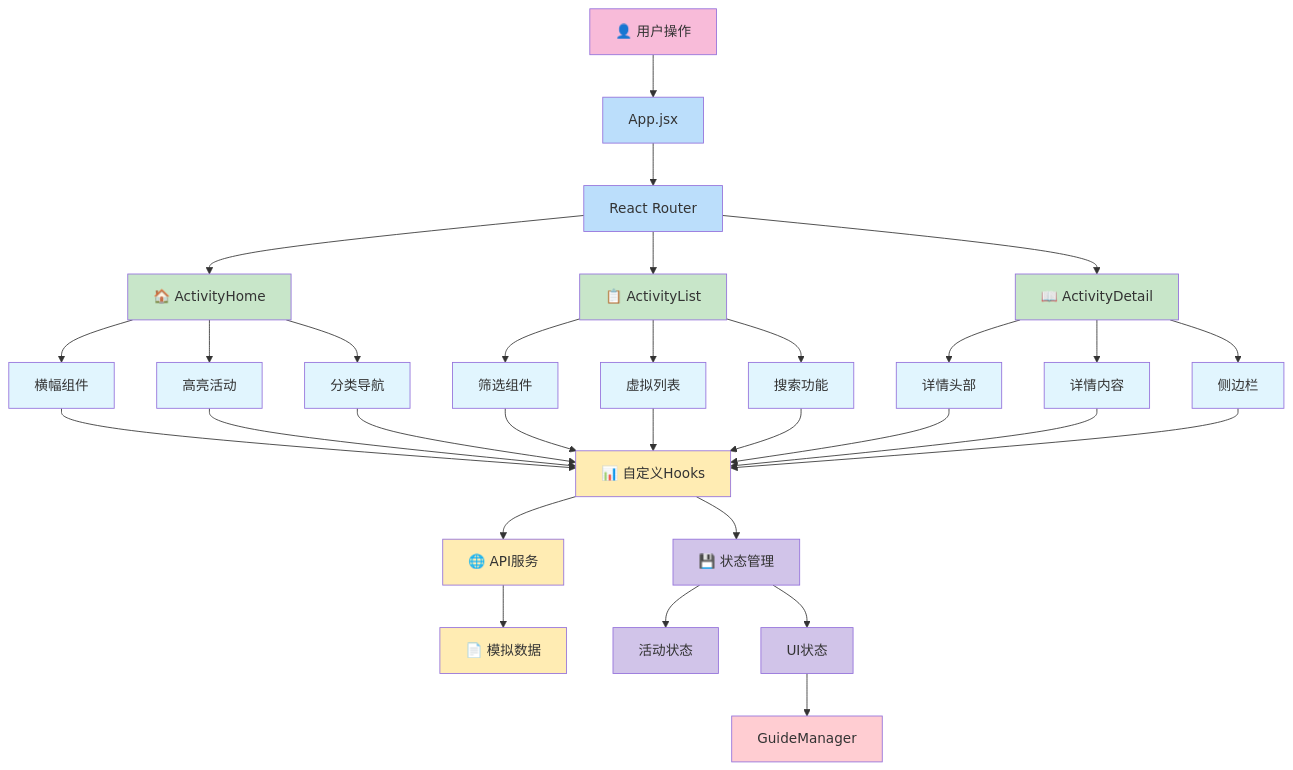
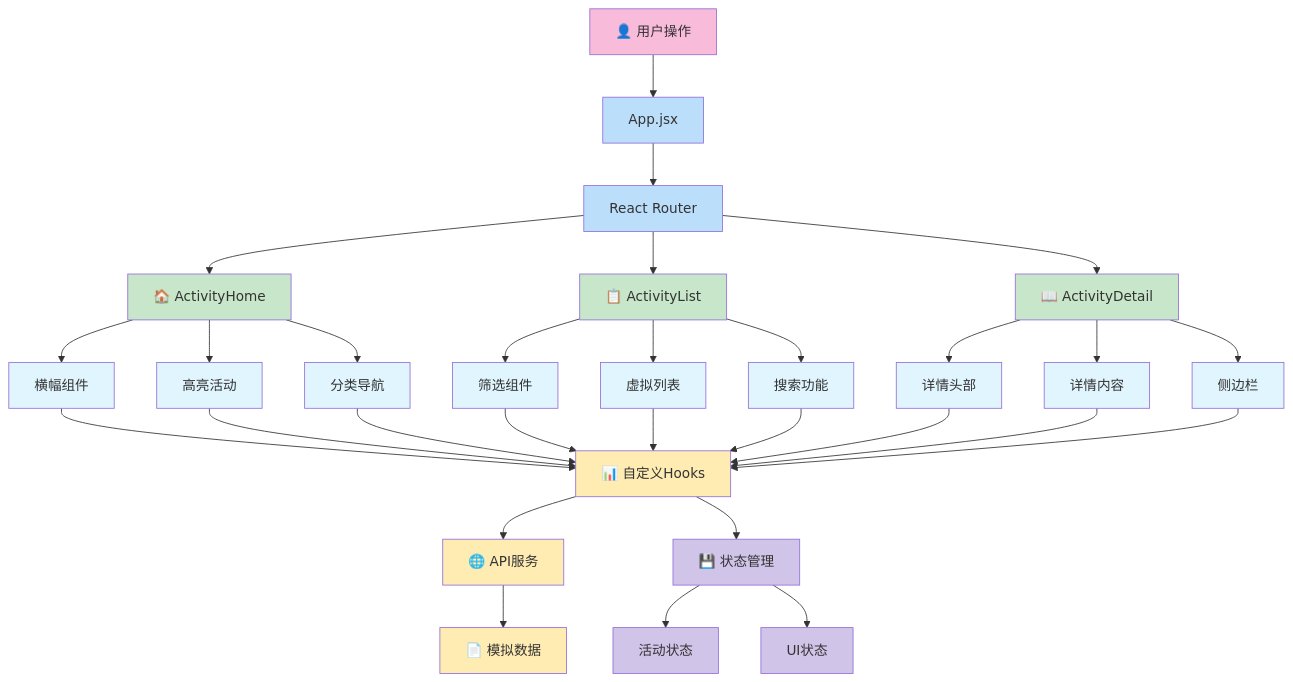
One commit to Mingjun-Lyu/ByteDance-Engineering-Camp changed the first of 4 diagrams in README.md. Above: the diagram before and after it, drawn with Mermaid.

Commit message:
更新README架构图

````diff
--- a/README.md
+++ b/README.md
@@ -24,64 +24,60 @@
 ```mermaid
 graph TB
     %% 用户层
     User[👤 用户操作] --> App[App.jsx]
     
     %% 路由层
     App --> Router[React Router]
     
     %% 页面层
     Router --> Home[🏠 ActivityHome]
     Router --> List[📋 ActivityList]
     Router --> Detail[📖 ActivityDetail]
     
     %% 组件层
     Home --> Banner[横幅组件]
     Home --> Highlight[高亮活动]
     Home --> Categories[分类导航]
     
     List --> Filter[筛选组件]
     List --> VirtualList[虚拟列表]
     List --> Search[搜索功能]
     
     Detail --> Header[详情头部]
     Detail --> Content[详情内容]
     Detail --> Sidebar[侧边栏]
     
     %% 数据层
     Banner --> Hooks[📊 自定义Hooks]
     Highlight --> Hooks
     Categories --> Hooks
     Filter --> Hooks
     VirtualList --> Hooks
     Search --> Hooks
     Header --> Hooks
     Content --> Hooks
     Sidebar --> Hooks
     
     Hooks --> API[🌐 API服务]
     API --> Mock[📄 模拟数据]
     
     %% 状态管理层
     Hooks --> Store[💾 状态管理]
     Store --> ActivityStore[活动状态]
     Store --> UIStore[UI状态]
     
-    %% 状态管理连接
-    UIStore --> GuideManager
-    
     classDef user fill:#f8bbd9
     classDef app fill:#bbdefb
     classDef page fill:#c8e6c9
     classDef component fill:#e1f5fe
     classDef data fill:#ffecb3
     classDef store fill:#d1c4e9
     classDef guide fill:#ffcdd2
     
     class User user
     class App,Router app
     class Home,List,Detail page
     class Banner,Highlight,Categories,Filter,VirtualList,Search,Header,Content,Sidebar component
     class Hooks,API,Mock data
     class Store,ActivityStore,UIStore store
-    class Guide,GuideManager,GuideCore,GuideConfig,JSONConfig guide
 ```
````
